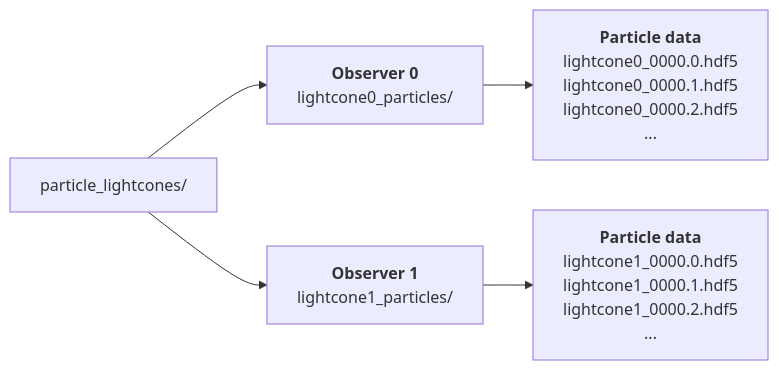
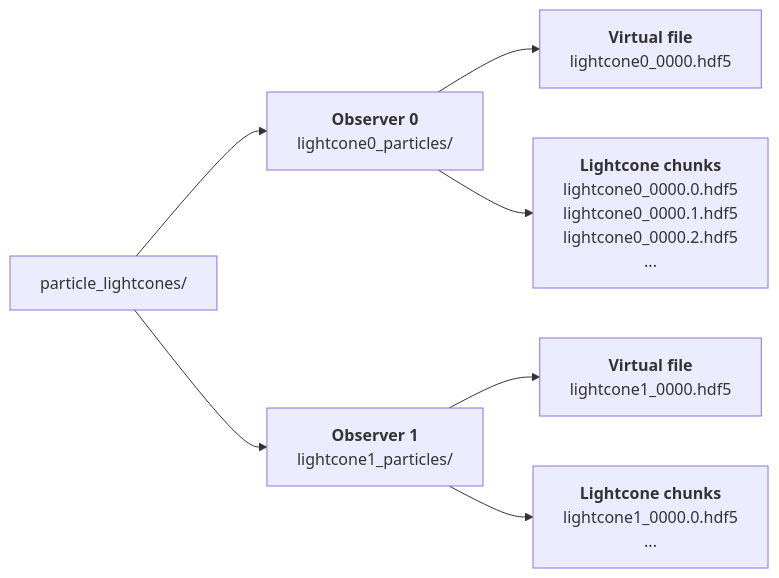
The diagram in source/lightcones/particle_lightcone_layout.rst (jchelly/flamingo-docs), drawn with Mermaid before and after one commit. The commit also changed other lines of this file, not shown here.

Commit message:
Document virtual files in particle lightcone

```diff
--- a/source/lightcones/particle_lightcone_layout.rst
+++ b/source/lightcones/particle_lightcone_layout.rst
@@ -14,21 +20,25 @@
 .. mermaid::
 
    flowchart LR
      lcp["particle_lightcones/"]
 
      lcp --> obs0["`**Observer 0**
      lightcone0_particles/`"]
      lcp --> obs1["`**Observer 1**
      lightcone1_particles/`"]
 
-     obs0 --> data0["`**Particle data**
+     obs0 --> virt0["`**Virtual file**
+     lightcone0_0000.hdf5`"]
+
+     obs0 --> data0["`**Lightcone chunks**
      lightcone0_0000.0.hdf5
      lightcone0_0000.1.hdf5
      lightcone0_0000.2.hdf5
      ...`"]
 
-     obs1 --> data1["`**Particle data**
+     obs1 --> virt1["`**Virtual file**
+     lightcone1_0000.hdf5`"]
+
+     obs1 --> data1["`**Lightcone chunks**
      lightcone1_0000.0.hdf5
-     lightcone1_0000.1.hdf5
-     lightcone1_0000.2.hdf5
      ...`"]
```
